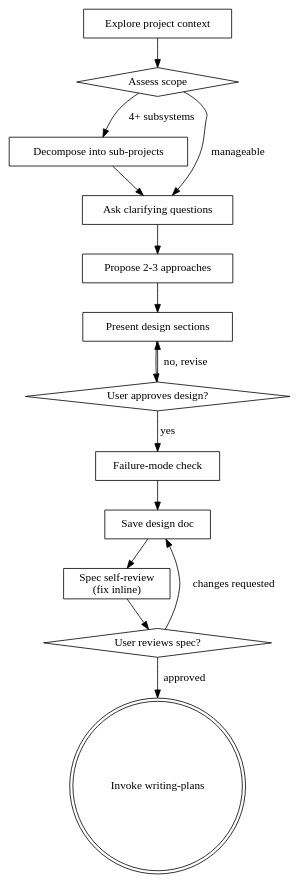
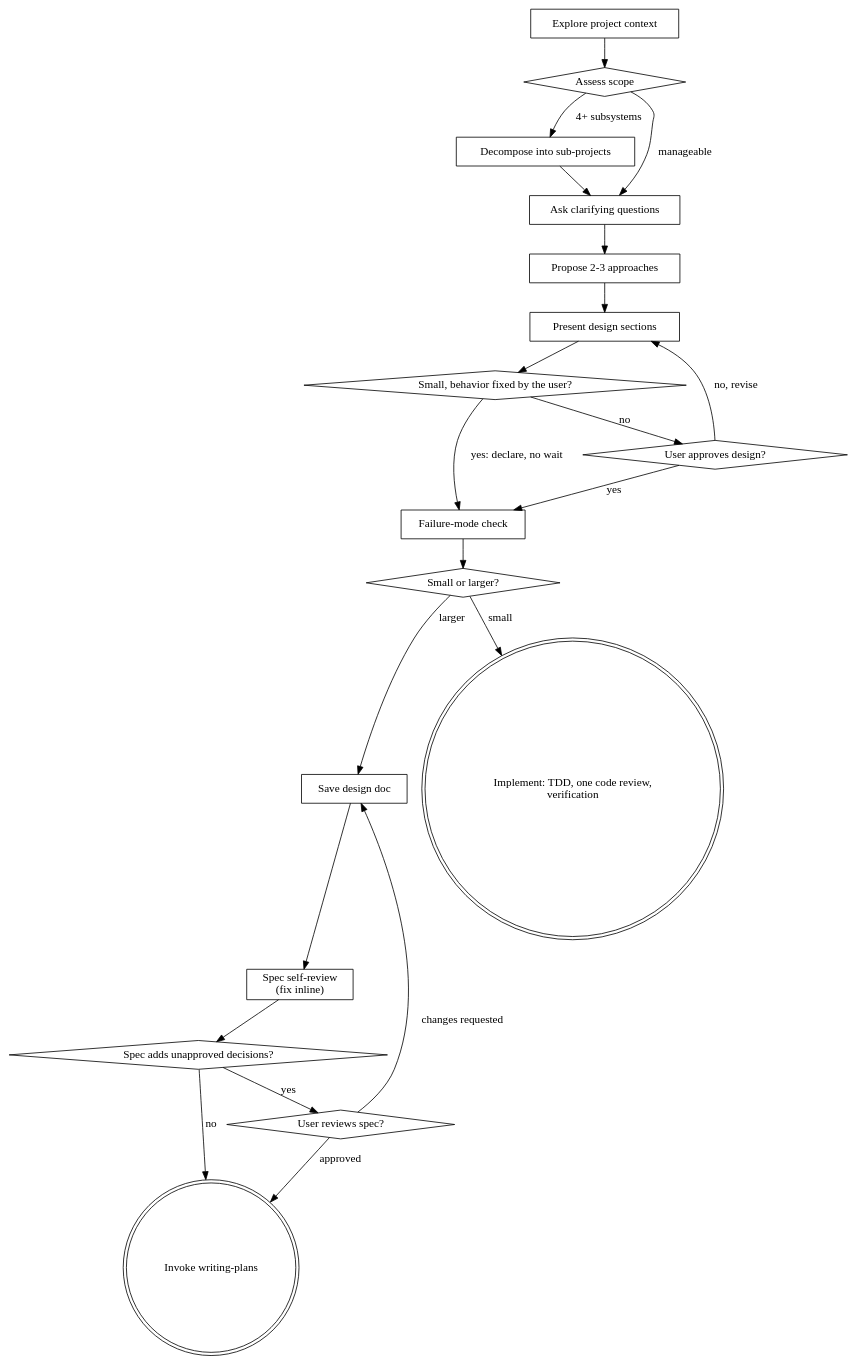
One commit to REPOZY/superpowers-optimized changed the diagram in skills/brainstorming/SKILL.md. Above: the diagram before and after it, drawn with Graphviz. The commit also changed other lines of this file and 50 other files, not shown here.

````diff
--- a/skills/brainstorming/SKILL.md
+++ b/skills/brainstorming/SKILL.md
@@ -44,31 +72,41 @@
 ```dot
 digraph brainstorming {
     "Explore project context" [shape=box];
     "Assess scope" [shape=diamond];
     "Decompose into sub-projects" [shape=box];
     "Ask clarifying questions" [shape=box];
     "Propose 2-3 approaches" [shape=box];
     "Present design sections" [shape=box];
     "User approves design?" [shape=diamond];
     "Failure-mode check" [shape=box];
     "Save design doc" [shape=box];
     "Spec self-review\n(fix inline)" [shape=box];
     "User reviews spec?" [shape=diamond];
     "Invoke writing-plans" [shape=doublecircle];
 
     "Explore project context" -> "Assess scope";
     "Assess scope" -> "Decompose into sub-projects" [label="4+ subsystems"];
     "Assess scope" -> "Ask clarifying questions" [label="manageable"];
     "Decompose into sub-projects" -> "Ask clarifying questions";
     "Ask clarifying questions" -> "Propose 2-3 approaches";
     "Propose 2-3 approaches" -> "Present design sections";
-    "Present design sections" -> "User approves design?";
+    "Present design sections" -> "Small, behavior fixed by the user?";
+    "Small, behavior fixed by the user?" [shape=diamond];
+    "Small, behavior fixed by the user?" -> "Failure-mode check" [label="yes: declare, no wait"];
+    "Small, behavior fixed by the user?" -> "User approves design?" [label="no"];
     "User approves design?" -> "Present design sections" [label="no, revise"];
     "User approves design?" -> "Failure-mode check" [label="yes"];
-    "Failure-mode check" -> "Save design doc";
+    "Failure-mode check" -> "Small or larger?";
+    "Small or larger?" [shape=diamond];
+    "Implement: TDD, one code review,\nverification" [shape=doublecircle];
+    "Small or larger?" -> "Implement: TDD, one code review,\nverification" [label="small"];
+    "Small or larger?" -> "Save design doc" [label="larger"];
     "Save design doc" -> "Spec self-review\n(fix inline)";
-    "Spec self-review\n(fix inline)" -> "User reviews spec?";
+    "Spec self-review\n(fix inline)" -> "Spec adds unapproved decisions?";
+    "Spec adds unapproved decisions?" [shape=diamond];
+    "Spec adds unapproved decisions?" -> "User reviews spec?" [label="yes"];
+    "Spec adds unapproved decisions?" -> "Invoke writing-plans" [label="no"];
     "User reviews spec?" -> "Save design doc" [label="changes requested"];
     "User reviews spec?" -> "Invoke writing-plans" [label="approved"];
 }
 ```
````
